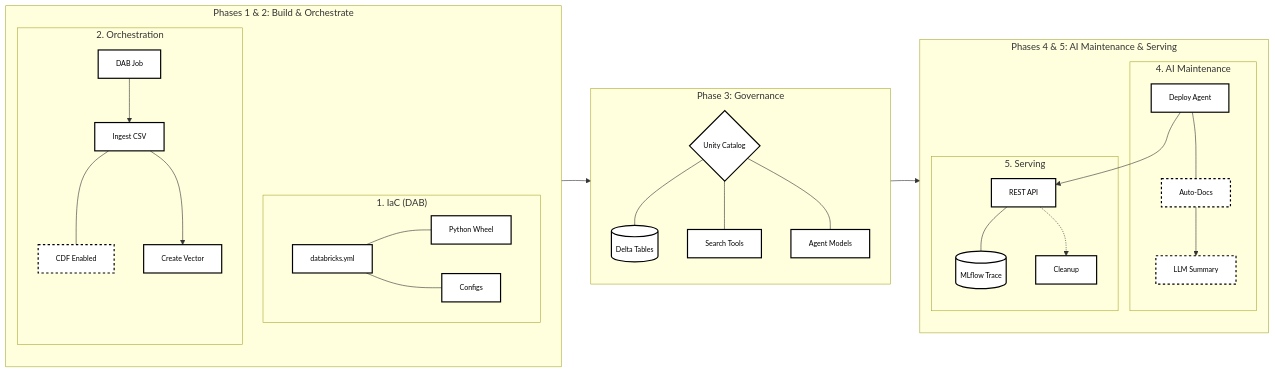
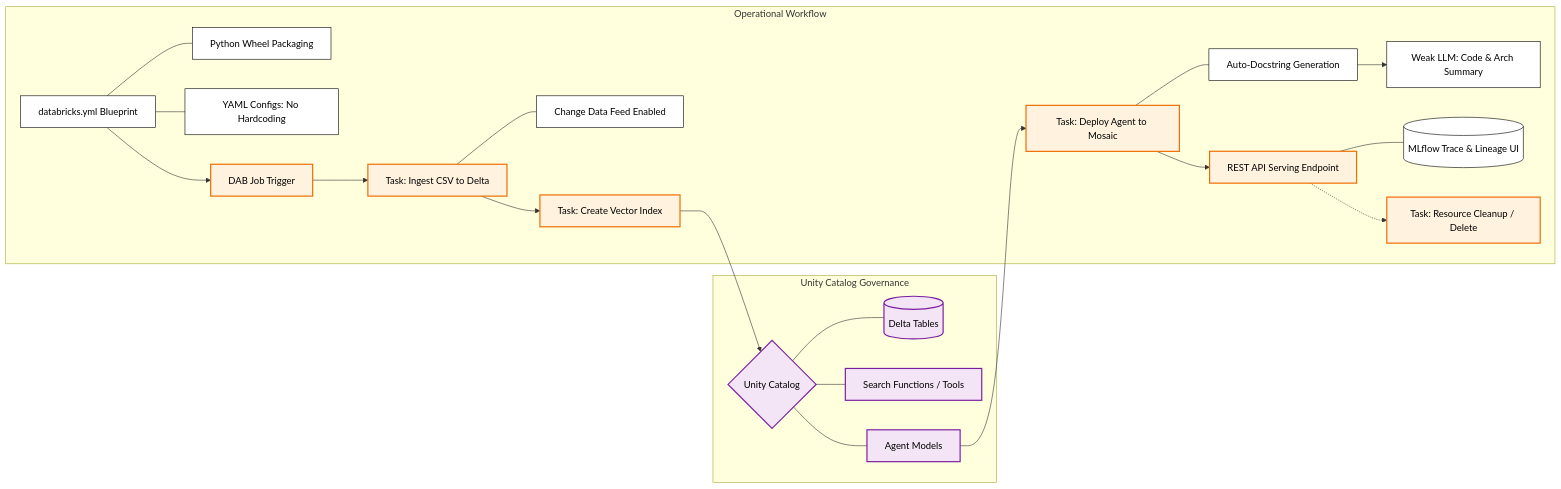
The third of 3 diagrams in README.md (aloysiusdjosephaws-cmyk/genai-demos), drawn with Mermaid before and after one commit. The commit also changed other lines of this file, not shown here.

````diff
--- a/README.md
+++ b/README.md
@@ -242,47 +233,36 @@
 ```mermaid
 graph LR
-    %% Global Styles
-    classDef default fill:#fff,stroke:#000,stroke-width:2px,color:#000,font-size:12px;
-    classDef secondary stroke-dasharray: 4 4;
+    %% Operations Focus Styles
+    classDef default fill:#fff,stroke:#000,stroke-width:1px,color:#000;
+    classDef ops fill:#fff3e0,stroke:#ef6c00,stroke-width:2px;
+    classDef gov fill:#f3e5f5,stroke:#7b1fa2,stroke-width:2px;
 
-    subgraph R1 [Phases 1 & 2: Build & Orchestrate]
-        direction TB
-        subgraph "1. IaC (DAB)"
-            DAB[databricks.yml] --- WHEEL[Python Wheel]
-            DAB --- VARS[Configs]
-        end
-        subgraph "2. Orchestration"
-            JOB[DAB Job] --> TASK1[Ingest CSV]
-            TASK1 --- CDF[CDF Enabled]
-            TASK1 --> TASK2[Create Vector]
-        end
+    subgraph GOV [Unity Catalog Governance]
+        UC{Unity Catalog}
+        TABLES[(Delta Tables)]
+        FUNCS[Search Functions / Tools]
+        MODELS[Agent Models]
+        UC --- TABLES
+        UC --- FUNCS
+        UC --- MODELS
     end
 
-    subgraph R2 [Phase 3: Governance]
-        direction TB
-        UC{Unity Catalog} --- TABLES[(Delta Tables)]
-        UC --- FUNCS[Search Tools]
-        UC --- MODELS[Agent Models]
+    subgraph Pipeline [Operational Workflow]
+        DAB[databricks.yml Blueprint] --- WHEEL[Python Wheel Packaging]
+        DAB --- VARS[YAML Configs: No Hardcoding]
+        DAB --> JOB[DAB Job Trigger]
+        JOB --> TASK1[Task: Ingest CSV to Delta]
+        TASK1 --- CDF[Change Data Feed Enabled]
+        TASK1 --> TASK2[Task: Create Vector Index]
         TASK2 --> UC
+        MODELS --> TASK3[Task: Deploy Agent to Mosaic]
+        TASK3 --- DOCS[Auto-Docstring Generation]
+        DOCS --> SUMM[Weak LLM: Code & Arch Summary]
+        TASK3 --> REST[REST API Serving Endpoint]
+        REST --- MLF[(MLflow Trace & Lineage UI)]
+        REST -.-> DEL[Task: Resource Cleanup / Delete]
     end
 
-    subgraph R3 [Phases 4 & 5: AI Maintenance & Serving]
-        direction TB
-        subgraph "4. AI Maintenance"
-            MODELS --> TASK3[Deploy Agent]
-            TASK3 --- DOCS[Auto-Docs]
-            DOCS --> SUMM[LLM Summary]
-        end
-        subgraph "5. Serving"
-            TASK3 --> REST[REST API]
-            REST --- MLF[(MLflow Trace)]
-            REST -.-> DEL[Cleanup]
-        end
-    end
-
-    %% Visual spacing
-    R1 ~~~ R2 ~~~ R3
-
-    class CDF,DOCS,SUMM secondary;
-
+    class JOB,TASK1,TASK2,TASK3,REST,DEL ops;
+    class UC,TABLES,FUNCS,MODELS gov;
 ```
````
